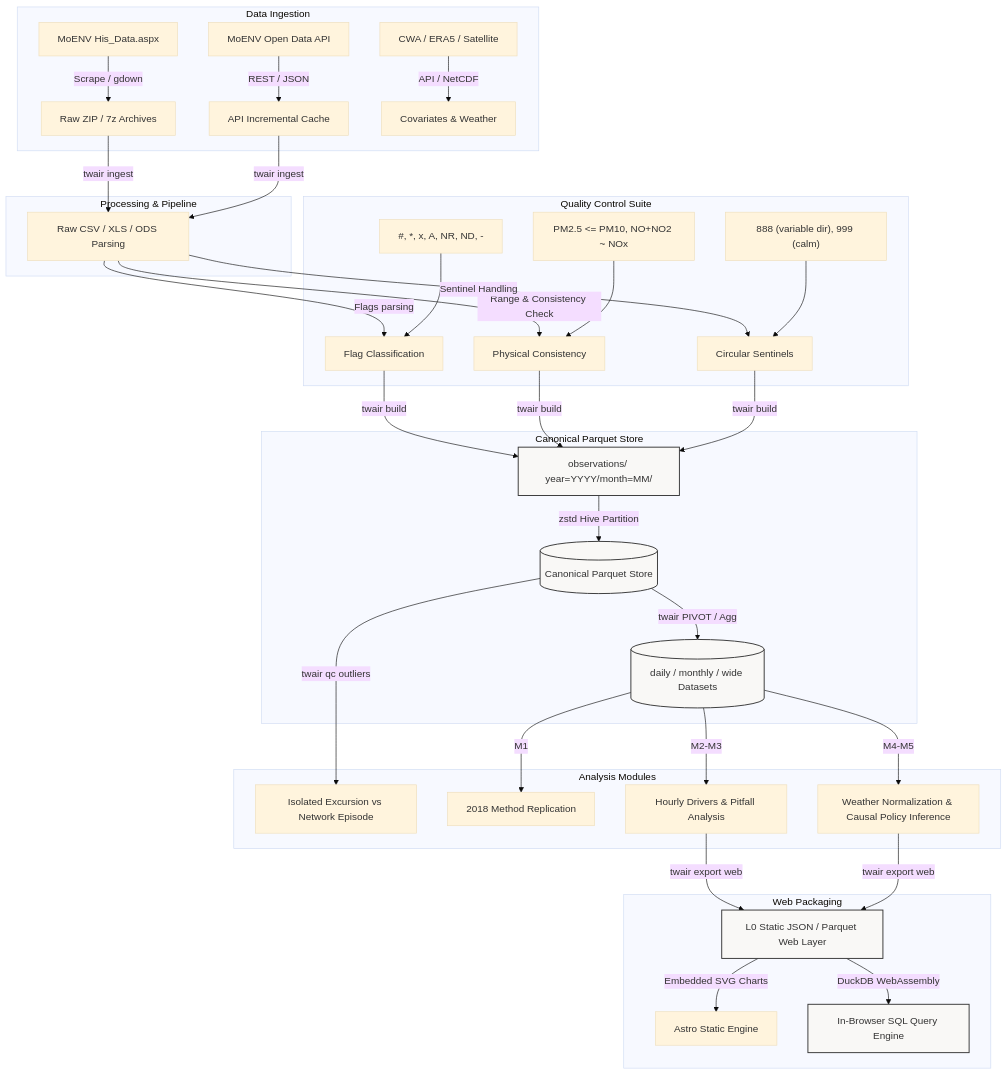
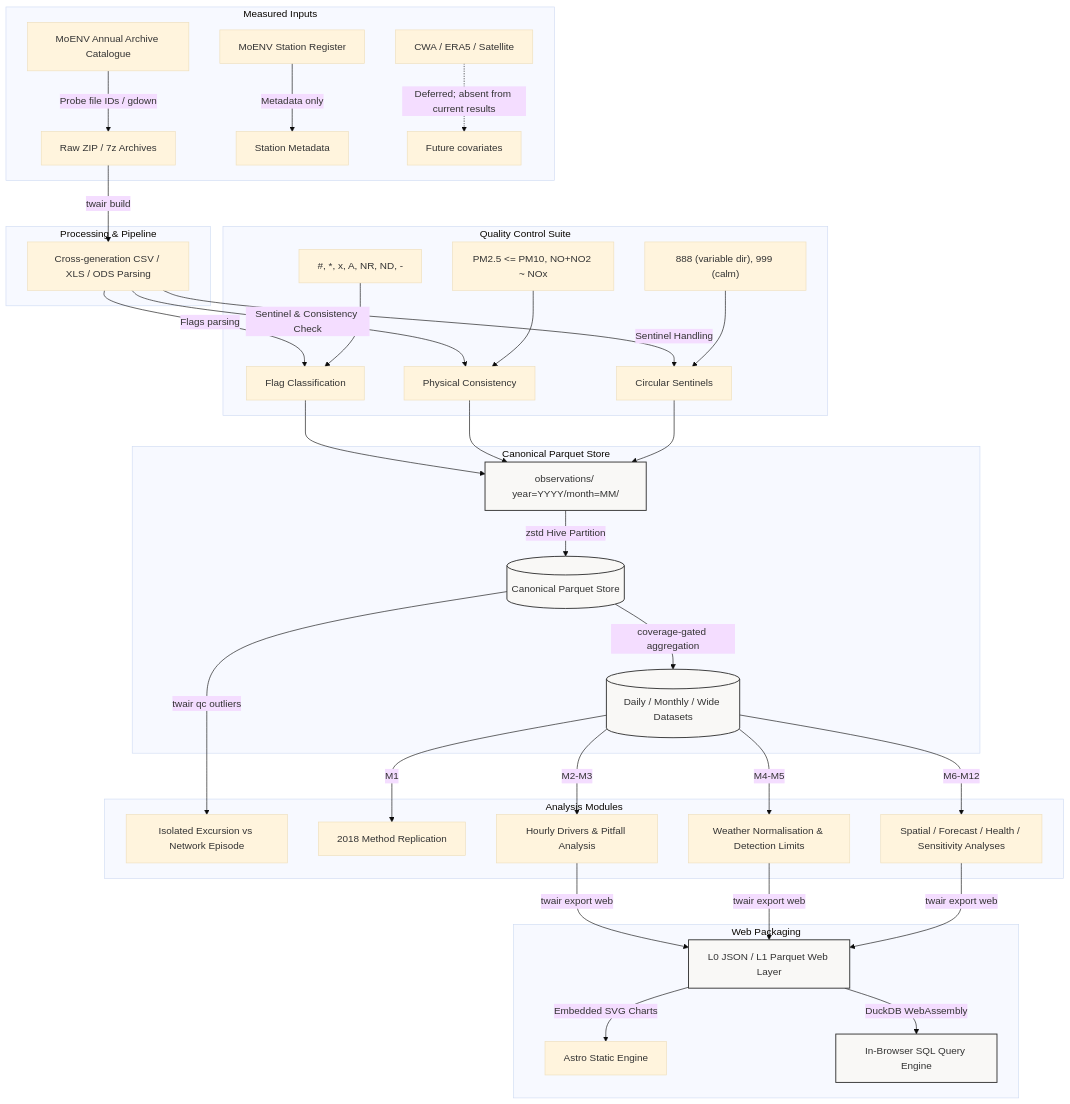
Before and after one commit to kuotunyu/air-quality: the diagram in README.en.md, drawn with Mermaid (base theme). The commit also changed other lines of this file and 2 other files, not shown here.

First line of the commit message:
Reconcile the roadmap with measured delivery

````diff
--- a/README.en.md
+++ b/README.en.md
@@ -70,44 +71,44 @@
 ```mermaid
 flowchart TD
-    subgraph Data Sources [Data Ingestion]
-        A[MoENV His_Data.aspx] -->|Scrape / gdown| D[Raw ZIP / 7z Archives]
-        B[MoENV Open Data API] -->|REST / JSON| E[API Incremental Cache]
-        C[CWA / ERA5 / Satellite] -->|API / NetCDF| F[Covariates & Weather]
+    subgraph Data Sources [Measured Inputs]
+        A[MoENV Annual Archive Catalogue] -->|Probe file IDs / gdown| D[Raw ZIP / 7z Archives]
+        B[MoENV Station Register] -->|Metadata only| S[Station Metadata]
+        C[CWA / ERA5 / Satellite] -.->|Deferred; absent from current results| X[Future covariates]
     end
 
     subgraph Ingestion [Processing & Pipeline]
-        D -->|twair ingest| G[Raw CSV / XLS / ODS Parsing]
-        E -->|twair ingest| G
+        D -->|twair build| G[Cross-generation CSV / XLS / ODS Parsing]
     end
 
     subgraph QC [Quality Control Suite]
         G -->|Flags parsing| H[Flag Classification]
         H_flag["#, *, x, A, NR, ND, -"] --> H
-        G -->|Range & Consistency Check| I[Physical Consistency]
+        G -->|Sentinel & Consistency Check| I[Physical Consistency]
         I_check["PM2.5 <= PM10, NO+NO2 ~ NOx"] --> I
         G -->|Sentinel Handling| J[Circular Sentinels]
         J_set["888 (variable dir), 999 (calm)"] --> J
     end
 
     subgraph Storage [Canonical Parquet Store]
-        H & I & J -->|twair build| K[observations/ year=YYYY/month=MM/]
+        H & I & J --> K[observations/ year=YYYY/month=MM/]
         K -->|zstd Hive Partition| L[(Canonical Parquet Store)]
-        L -->|twair PIVOT / Agg| M[(daily / monthly / wide Datasets)]
+        L -->|coverage-gated aggregation| M[(Daily / Monthly / Wide Datasets)]
     end
 
     subgraph Analytics [Analysis Modules]
         L -->|twair qc outliers| N_out[Isolated Excursion vs Network Episode]
         M -->|M1| N[2018 Method Replication]
         M -->|M2-M3| O[Hourly Drivers & Pitfall Analysis]
-        M -->|M4-M5| P[Weather Normalization & Causal Policy Inference]
+        M -->|M4-M5| P[Weather Normalisation & Detection Limits]
+        M -->|M6-M12| T[Spatial / Forecast / Health / Sensitivity Analyses]
     end
 
     subgraph Export [Web Packaging]
-        O & P -->|twair export web| Q_json[L0 Static JSON / Parquet Web Layer]
+        O & P & T -->|twair export web| Q_json[L0 JSON / L1 Parquet Web Layer]
         Q_json -->|Embedded SVG Charts| R_astro[Astro Static Engine]
         Q_json -->|DuckDB WebAssembly| S_wasm[In-Browser SQL Query Engine]
     end
 
     classDef tech fill:#f9f8f6,stroke:#333,stroke-width:1.5px;
     class K,L,M,Q_json,S_wasm tech;
 ```
````
